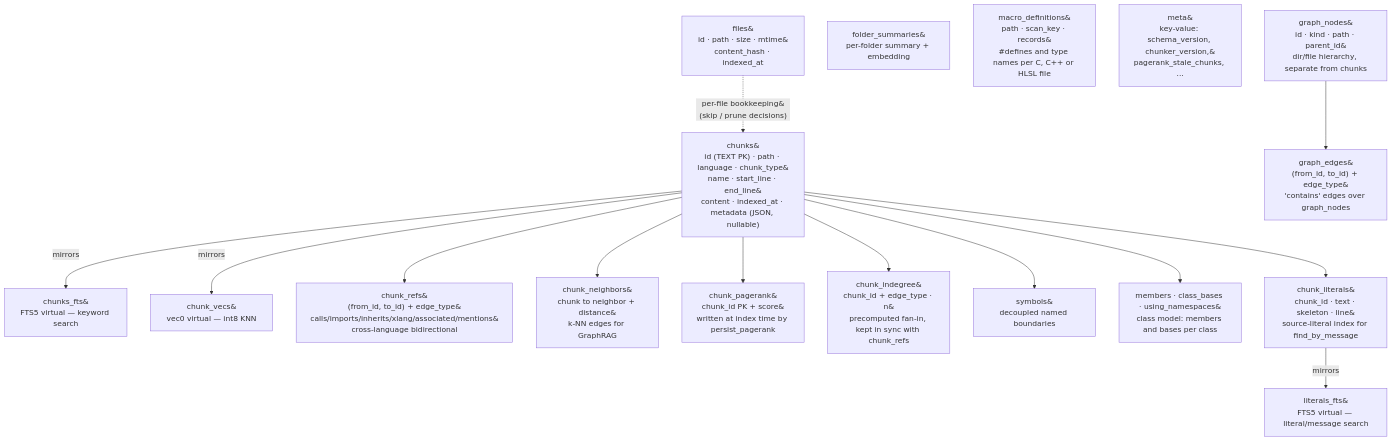
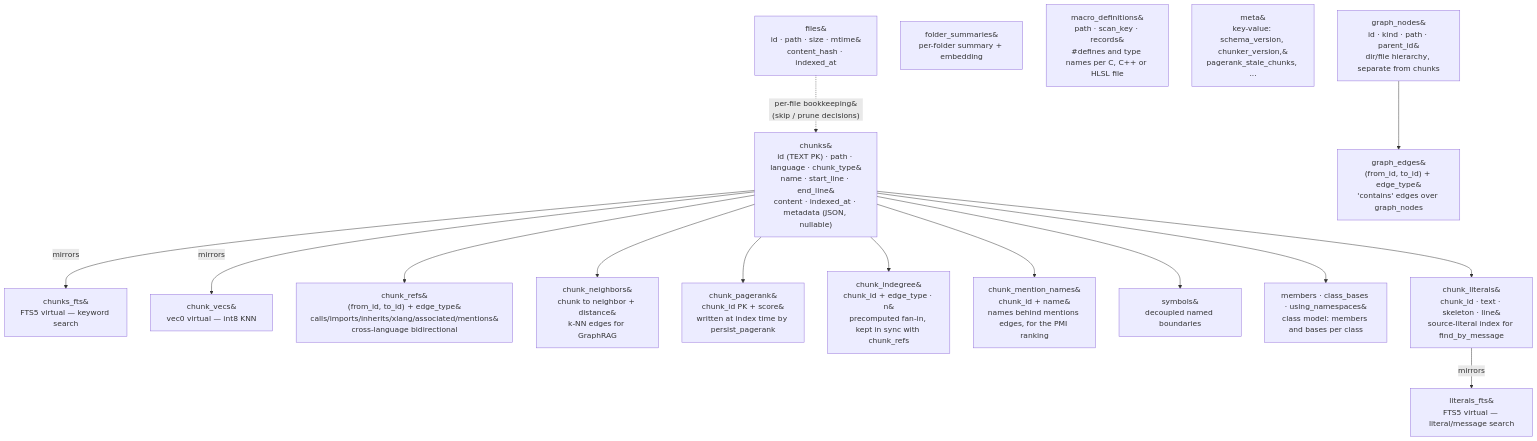
The second of 2 diagrams in DOCS.md (mgonzalez01/Chonks), drawn with Mermaid before and after one commit. The commit also changed other lines of this file and 11 other files, not shown here.

````diff
--- a/DOCS.md
+++ b/DOCS.md
@@ -92,21 +92,22 @@
 ```mermaid
 flowchart TD
     FILES["files&#10;id &middot; path &middot; size &middot; mtime&#10;content_hash &middot; indexed_at"] -.->|"per-file bookkeeping&#10;(skip / prune decisions)"| CHUNKS
     CHUNKS["chunks&#10;id (TEXT PK) &middot; path &middot; language &middot; chunk_type&#10;name &middot; start_line &middot; end_line&#10;content &middot; indexed_at &middot; metadata (JSON, nullable)"]
     CHUNKS -->|mirrors| FTS["chunks_fts&#10;FTS5 virtual &mdash; keyword search"]
     CHUNKS -->|mirrors| VECS["chunk_vecs&#10;vec0 virtual &mdash; int8 KNN"]
     CHUNKS --> REFS["chunk_refs&#10;(from_id, to_id) + edge_type&#10;calls/imports/inherits/xlang/associated/mentions&#10;cross-language bidirectional"]
     CHUNKS --> NEI["chunk_neighbors&#10;chunk to neighbor + distance&#10;k-NN edges for GraphRAG"]
     CHUNKS --> PR["chunk_pagerank&#10;chunk_id PK + score&#10;written at index time by persist_pagerank"]
     CHUNKS --> INDEG["chunk_indegree&#10;chunk_id + edge_type &middot; n&#10;precomputed fan-in, kept in sync with chunk_refs"]
+    CHUNKS --> MNAMES["chunk_mention_names&#10;chunk_id + name&#10;names behind mentions edges, for the PMI ranking"]
     CHUNKS --> SYMS["symbols&#10;decoupled named boundaries"]
     CHUNKS --> MEMB["members &middot; class_bases &middot; using_namespaces&#10;class model: members and bases per class"]
     CHUNKS --> LIT["chunk_literals&#10;chunk_id &middot; text &middot; skeleton &middot; line&#10;source-literal index for find_by_message"]
     LIT -->|mirrors| LFTS["literals_fts&#10;FTS5 virtual &mdash; literal/message search"]
     FOLD["folder_summaries&#10;per-folder summary + embedding"]
     MDEFS["macro_definitions&#10;path &middot; scan_key &middot; records&#10;#defines and type names per C, C++ or HLSL file"]
     META["meta&#10;key-value: schema_version, chunker_version,&#10;pagerank_stale_chunks, ..."]
     GNODES["graph_nodes&#10;id &middot; kind &middot; path &middot; parent_id&#10;dir/file hierarchy, separate from chunks"]
     GEDGES["graph_edges&#10;(from_id, to_id) + edge_type&#10;'contains' edges over graph_nodes"]
     GNODES --> GEDGES
 ```
````
